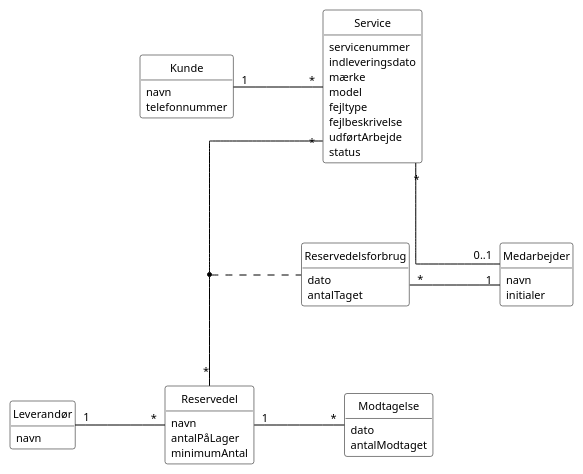
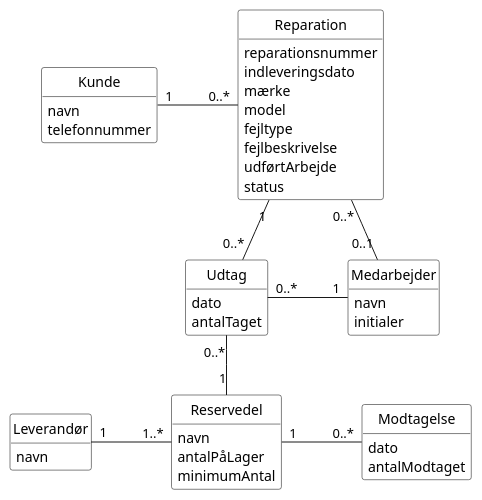
The diagram in 2. Domæne Model/domænemodel.puml (Zoabz/Getting-Real), drawn with PlantUML before and after one commit. The commit also changed 4 other files, not shown here.

```diff
--- a/2. Domæne Model/domænemodel.puml
+++ b/2. Domæne Model/domænemodel.puml
@@ -1,74 +1,64 @@
 @startuml
+' Samme model som domænemodel.png / domænemodel.drawio
 skinparam monochrome true
 skinparam shadowing false
-skinparam linetype ortho
-skinparam nodesep 90
-skinparam ranksep 80
+skinparam nodesep 80
+skinparam ranksep 60
 skinparam backgroundColor white
-skinparam defaultFontName Arial
-skinparam defaultFontSize 11
 skinparam classAttributeIconSize 0
 skinparam class {
   BackgroundColor white
   BorderColor black
-  ArrowColor black
 }
 hide circle
 hide methods
 
-' UC1
-class Medarbejder {
-  navn
-  initialer
-}
-
-' UC2
 class Kunde {
   navn
   telefonnummer
 }
 
-' UC3, UC4, UC5
-class Service {
-  servicenummer
+class Reparation {
+  reparationsnummer
   indleveringsdato
   mærke
   model
   fejltype
   fejlbeskrivelse
   udførtArbejde
   status
 }
 
-' UC6 (associationsklasse på Service–Reservedel)
-class Reservedelsforbrug {
+class Medarbejder {
+  navn
+  initialer
+}
+
+class Udtag {
   dato
   antalTaget
 }
 
-' UC6, UC7, UC8, UC9
 class Reservedel {
   navn
   antalPåLager
   minimumAntal
 }
 
-' UC8
 class Leverandør {
   navn
 }
 
-' UC9
 class Modtagelse {
   dato
   antalModtaget
 }
 
-Kunde "1" -right- "*" Service
-Service "*" -right- "0..1" Medarbejder
-Service "*" -down- "*" Reservedel
-(Service, Reservedel) .. Reservedelsforbrug
-Reservedelsforbrug "*" -right- "1" Medarbejder
-Leverandør "1" -right- "*" Reservedel
-Reservedel "1" -right- "*" Modtagelse
+Kunde "1" -right- "0..*" Reparation
+Reparation "0..*" -right- "0..1" Medarbejder
+Reparation "1" -down- "0..*" Udtag
+Udtag "0..*" -right- "1" Medarbejder
+Udtag "0..*" -down- "1" Reservedel
+Leverandør "1" -right- "1..*" Reservedel
+Reservedel "1" -right- "0..*" Modtagelse
 @enduml
```
